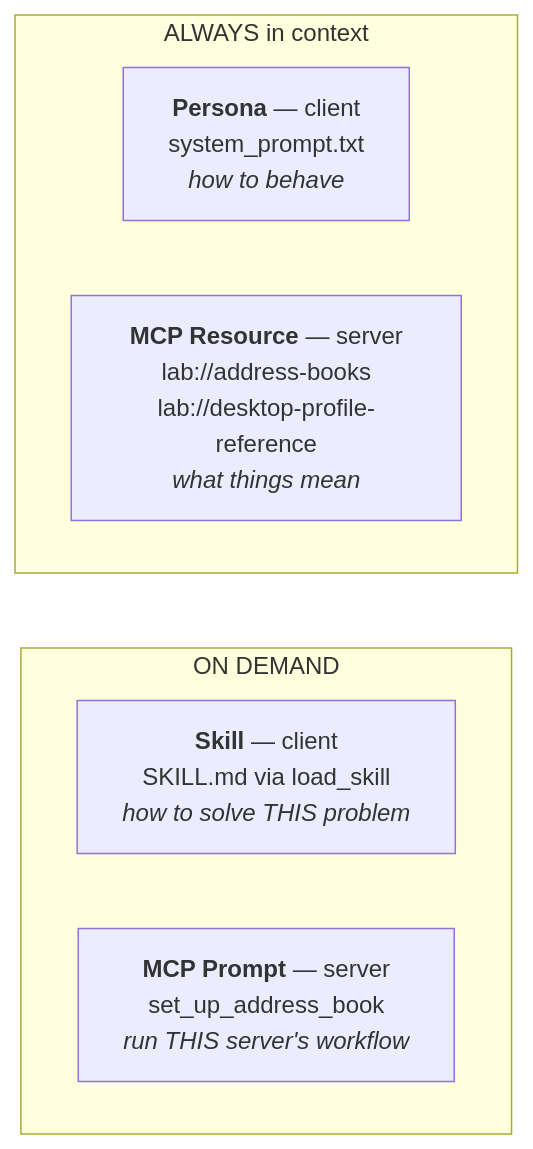
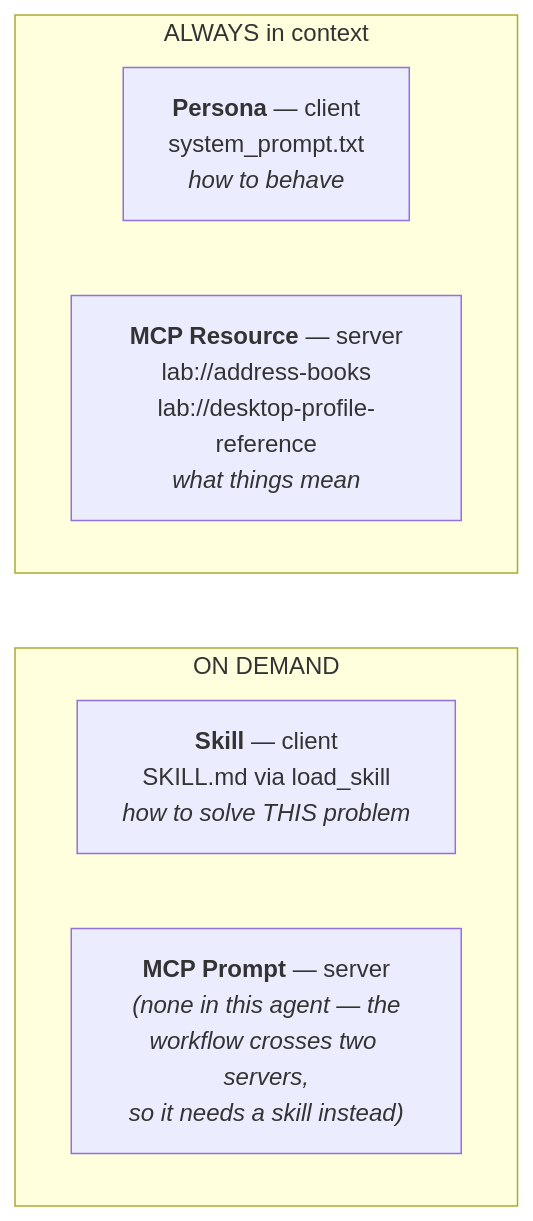
Before and after one commit to WebexCC-SA/LAB-31123: the second of 5 diagrams in docs/lab8_use-cases.md, drawn with Mermaid. The commit also changed other lines of this file, not shown here.

````diff
--- a/docs/lab8_use-cases.md
+++ b/docs/lab8_use-cases.md
@@ -90,14 +89,14 @@
 ```mermaid
 flowchart TB
     subgraph AlwaysLoaded["ALWAYS in context"]
         direction LR
         P["<b>Persona</b> — client<br/>system_prompt.txt<br/><i>how to behave</i>"]
         R["<b>MCP Resource</b> — server<br/>lab://address-books<br/>lab://desktop-profile-reference<br/><i>what things mean</i>"]
     end
     subgraph OnDemand["ON DEMAND"]
         direction LR
         S["<b>Skill</b> — client<br/>SKILL.md via load_skill<br/><i>how to solve THIS problem</i>"]
-        M["<b>MCP Prompt</b> — server<br/>set_up_address_book<br/><i>run THIS server's workflow</i>"]
+        M["<b>MCP Prompt</b> — server<br/><i>(none in this agent — the<br/>workflow crosses two servers,<br/>so it needs a skill instead)</i>"]
     end
     AlwaysLoaded ~~~ OnDemand
 ```
````
